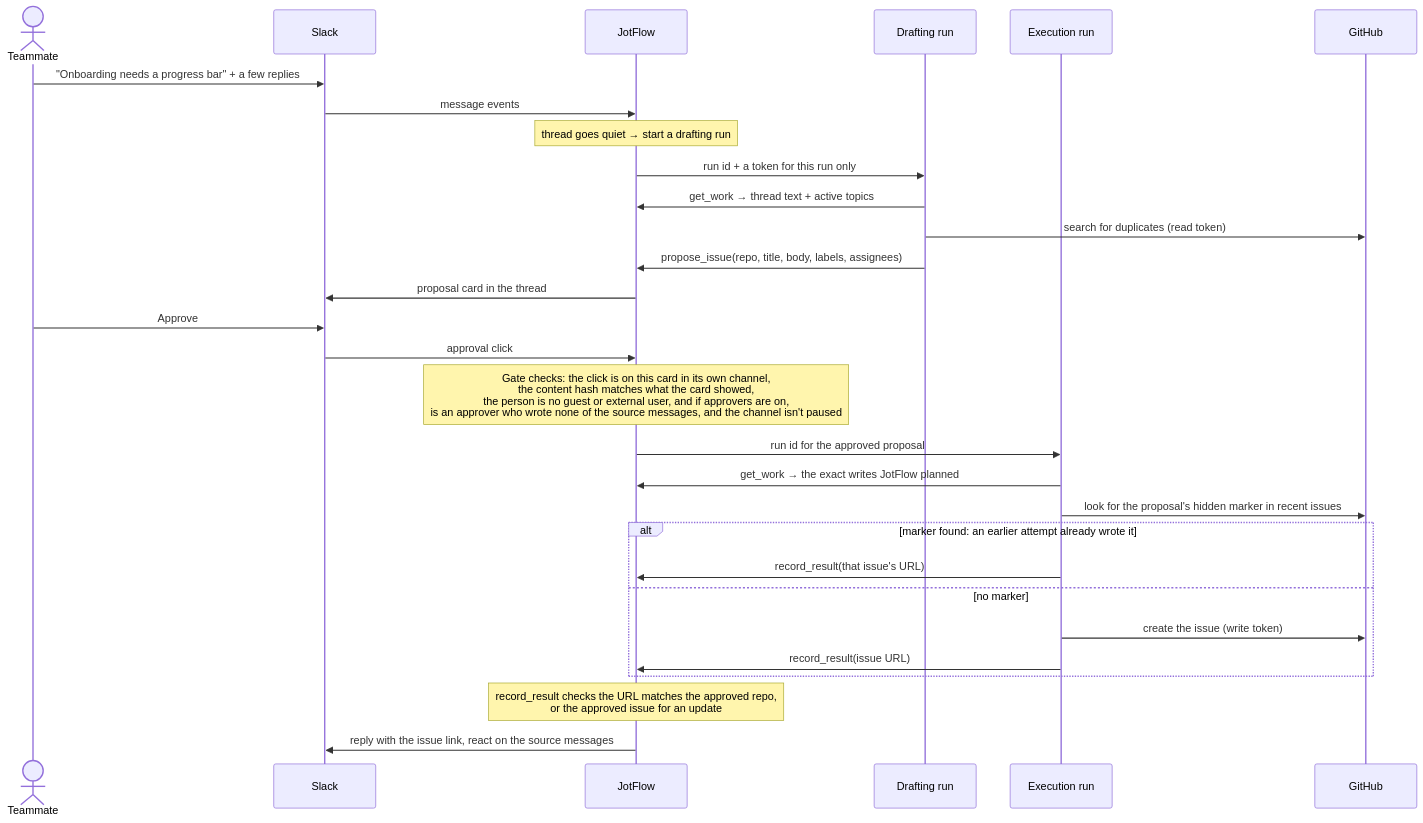
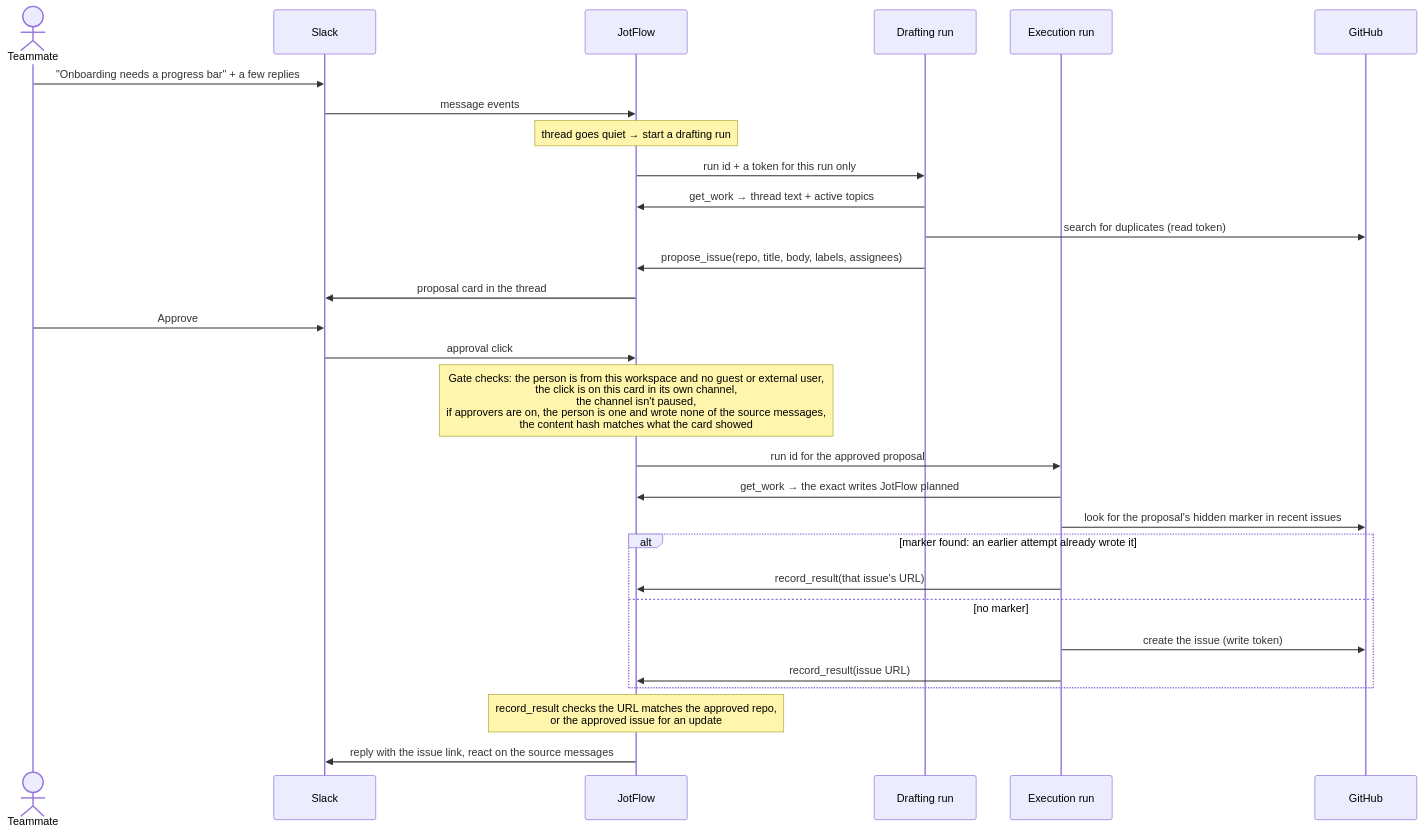
The second of 2 diagrams in README.md (Jnkman787/jotflow), drawn with Mermaid before and after one commit.

Commit message:
docs(readme): list the approval gate's checks in approval.py's order
Refs #41

````diff
--- a/README.md
+++ b/README.md
@@ -72,32 +72,32 @@
 ```mermaid
 sequenceDiagram
     actor T as Teammate
     participant S as Slack
     participant U as JotFlow
     participant D as Drafting run
     participant E as Execution run
     participant G as GitHub
 
     T->>S: "Onboarding needs a progress bar" + a few replies
     S->>U: message events
     Note over U: thread goes quiet → start a drafting run
     U->>D: run id + a token for this run only
     D->>U: get_work → thread text + active topics
     D->>G: search for duplicates (read token)
     D->>U: propose_issue(repo, title, body, labels, assignees)
     U->>S: proposal card in the thread
     T->>S: Approve
     S->>U: approval click
-    Note over U: Gate checks: the click is on this card in its own channel,<br/>the content hash matches what the card showed,<br/>the person is no guest or external user, and if approvers are on,<br/>is an approver who wrote none of the source messages, and the channel isn't paused
+    Note over U: Gate checks: the person is from this workspace and no guest or external user,<br/>the click is on this card in its own channel,<br/>the channel isn't paused,<br/>if approvers are on, the person is one and wrote none of the source messages,<br/>the content hash matches what the card showed
     U->>E: run id for the approved proposal
     E->>U: get_work → the exact writes JotFlow planned
     E->>G: look for the proposal's hidden marker in recent issues
     alt marker found: an earlier attempt already wrote it
         E->>U: record_result(that issue's URL)
     else no marker
         E->>G: create the issue (write token)
         E->>U: record_result(issue URL)
     end
     Note over U: record_result checks the URL matches the approved repo,<br/>or the approved issue for an update
     U->>S: reply with the issue link, react on the source messages
 ```
````
